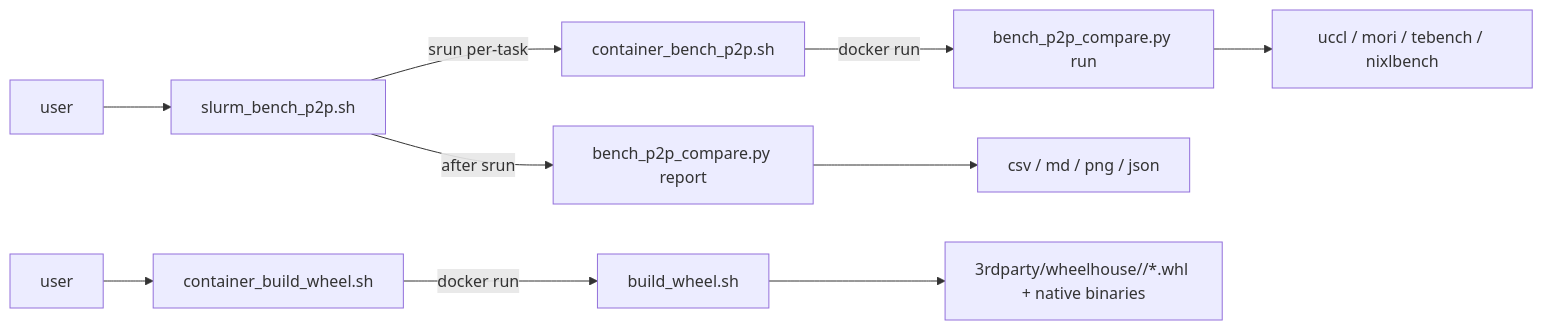
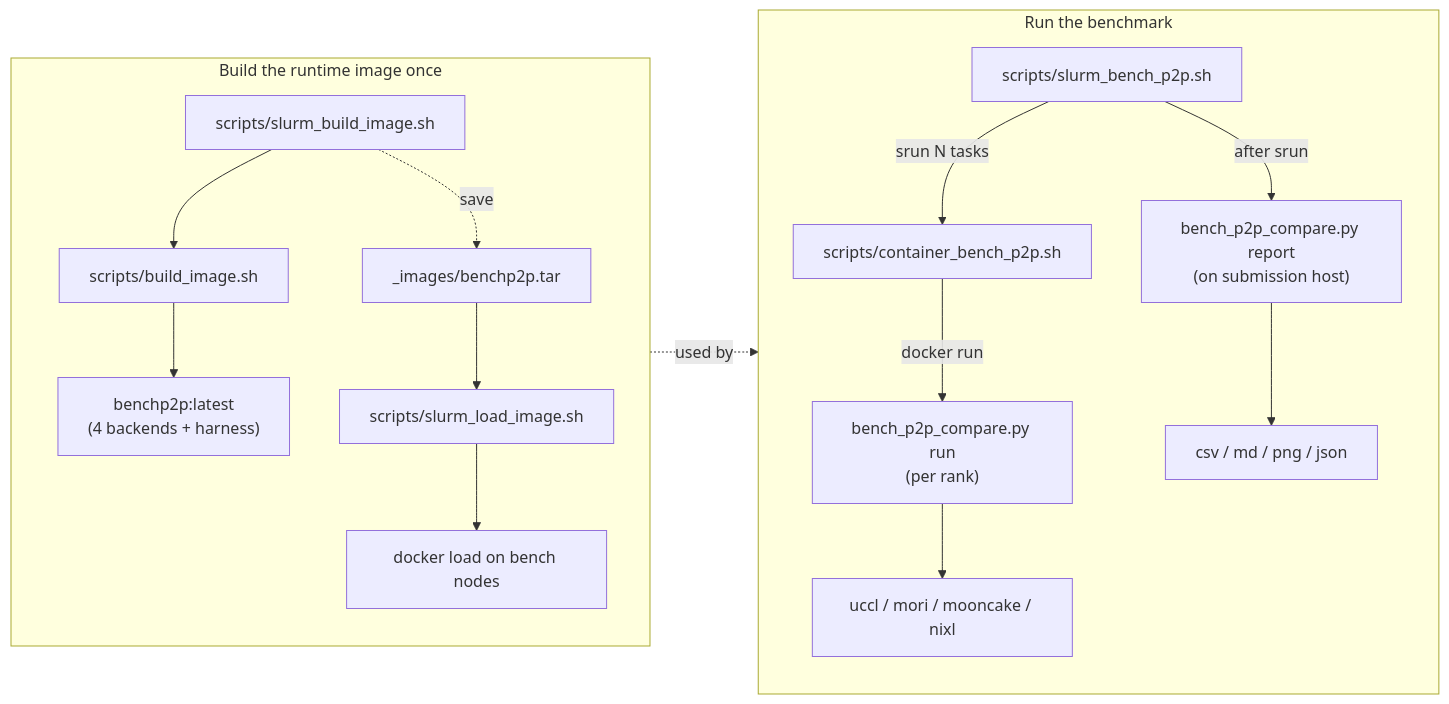
The diagram in README.md (zhenhuang12/BenchP2P), drawn with Mermaid before and after one commit. The commit also changed other lines of this file and 15 other files, not shown here.

````diff
--- a/README.md
+++ b/README.md
@@ -33,13 +27,19 @@
 ```mermaid
 flowchart LR
-  user1[user] --> slurm[slurm_bench_p2p.sh]
-  slurm -->|srun per-task| container[container_bench_p2p.sh]
-  container -->|docker run| bench[bench_p2p_compare.py run]
-  bench --> backends["uccl / mori / tebench / nixlbench"]
-  slurm -->|after srun| report[bench_p2p_compare.py report]
-  report --> outputs["csv / md / png / json"]
+  subgraph build [Build the runtime image once]
+    bi[scripts/build_image.sh] --> dimg["benchp2p:latest<br/>(4 backends + harness)"]
+    sbi[scripts/slurm_build_image.sh] --> bi
+    sbi -. save .-> tar["_images/benchp2p.tar"]
+    tar --> sli[scripts/slurm_load_image.sh] --> nodes["docker load on bench nodes"]
+  end
 
-  user2[user] --> cbw[container_build_wheel.sh]
-  cbw -->|docker run| bw[build_wheel.sh]
-  bw --> wheels["3rdparty/wheelhouse/<backend>/*.whl + native binaries"]
+  subgraph bench [Run the benchmark]
+    sb[scripts/slurm_bench_p2p.sh] -- "srun N tasks" --> cb[scripts/container_bench_p2p.sh]
+    cb -- "docker run" --> bc["bench_p2p_compare.py run<br/>(per rank)"]
+    bc --> backs["uccl / mori / mooncake / nixl"]
+    sb -- "after srun" --> rep["bench_p2p_compare.py report<br/>(on submission host)"]
+    rep --> out["csv / md / png / json"]
+  end
+
+  build -. used by .-> bench
 ```
````
